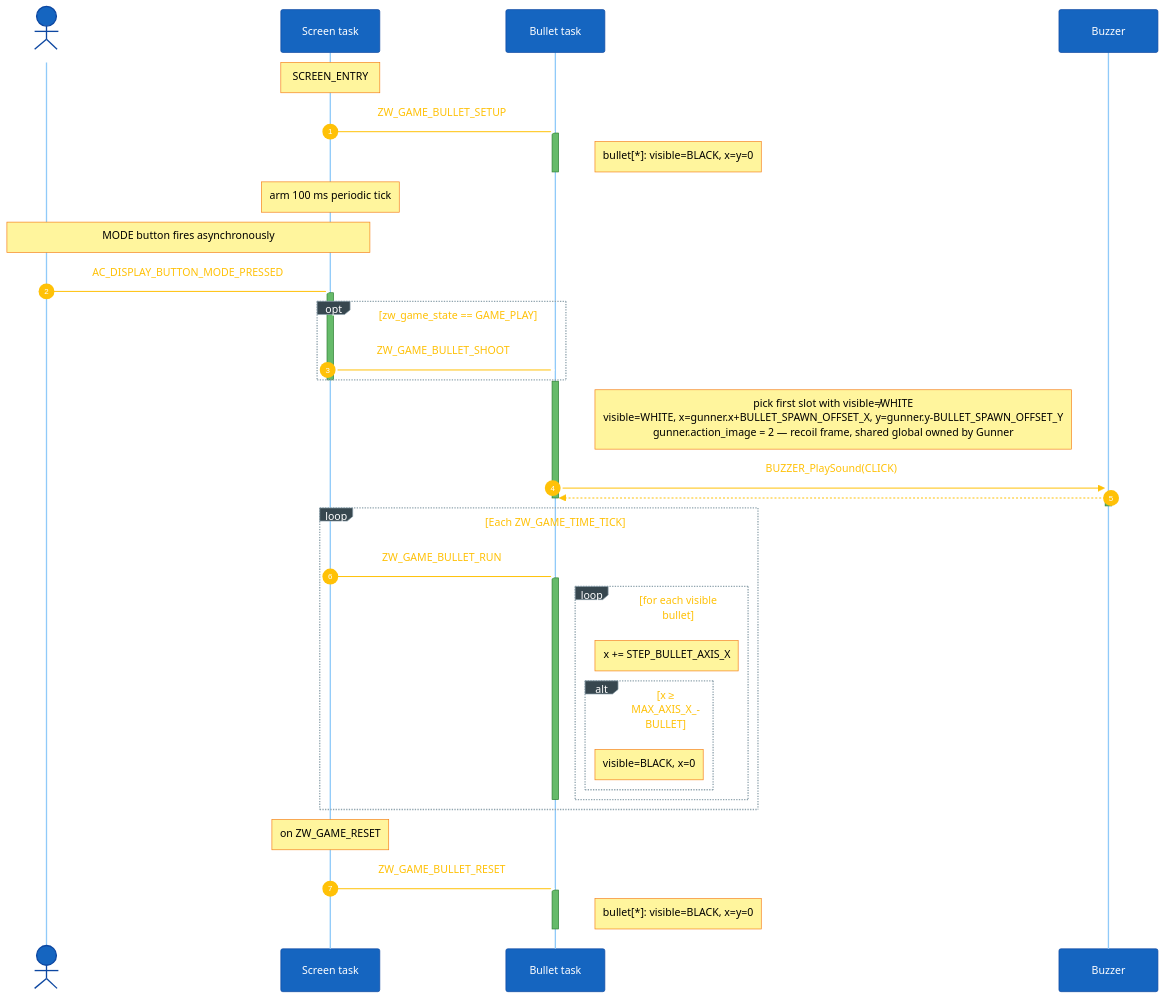
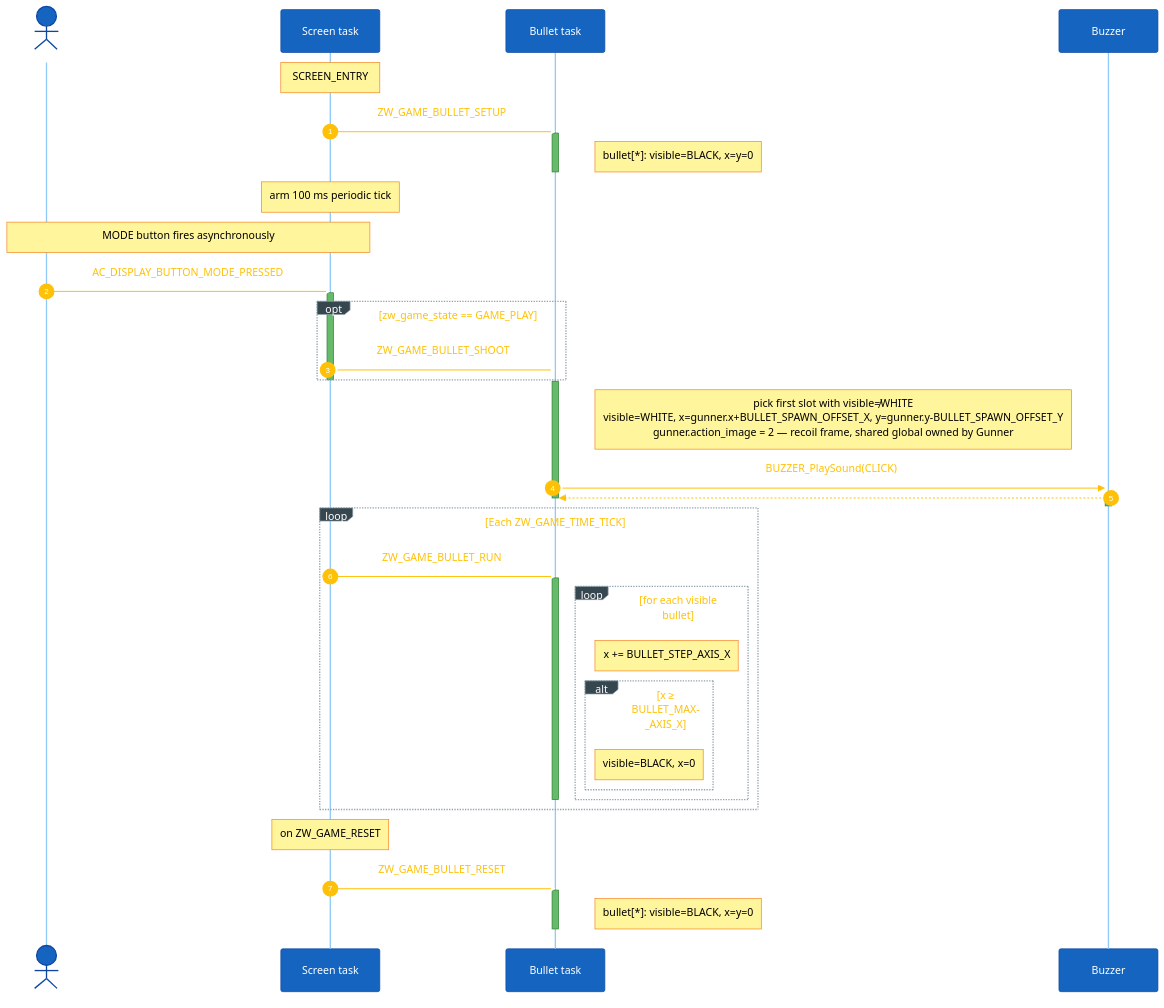
The second of 7 diagrams in docs/03-design-sequence-object.md (caotrongphuoc/mini-clock), drawn with Mermaid before and after one commit. The commit also changed other lines of this file, not shown here.

Commit message:
[UPDATE] sync sequence object doc with new macro names

````diff
--- a/docs/03-design-sequence-object.md
+++ b/docs/03-design-sequence-object.md
@@ -102,47 +102,47 @@
 ```mermaid
 %%{init: {'theme':'base','themeVariables':{'fontSize':'18px','primaryColor':'#1565c0','primaryTextColor':'#ffffff','primaryBorderColor':'#0d47a1','lineColor':'#90a4ae','signalColor':'#ffc107','signalTextColor':'#ffc107','actorBkg':'#1565c0','actorBorder':'#0d47a1','actorTextColor':'#ffffff','actorLineColor':'#90caf9','noteBkgColor':'#fff59d','noteTextColor':'#000000','noteBorderColor':'#f57f17','activationBkgColor':'#66bb6a','activationBorderColor':'#2e7d32','sequenceNumberColor':'#ffffff','loopTextColor':'#ffc107','labelBoxBkgColor':'#37474f','labelBoxBorderColor':'#90a4ae','labelTextColor':'#ffffff'},'sequence':{'actorMargin':120,'messageFontSize':17,'noteFontSize':15,'actorFontSize':17,'boxMargin':15,'boxTextMargin':8,'noteMargin':12,'useMaxWidth':false}}}%%
 sequenceDiagram
     autonumber
     actor Btn as Button
     participant Scr as Screen task
     participant Bul as Bullet task
     participant Bz as Buzzer
 
     Note over Scr: SCREEN_ENTRY
     Scr-)Bul: ZW_GAME_BULLET_SETUP
     activate Bul
     Note right of Bul: bullet[*]: visible=BLACK, x=y=0
     deactivate Bul
     Note over Scr: arm 100 ms periodic tick
 
     Note over Btn,Scr: MODE button fires asynchronously
     Btn-)Scr: AC_DISPLAY_BUTTON_MODE_PRESSED
     activate Scr
     opt zw_game_state == GAME_PLAY
         Scr-)Bul: ZW_GAME_BULLET_SHOOT
     end
     deactivate Scr
     activate Bul
     Note right of Bul: pick first slot with visible≠WHITE<br/>visible=WHITE, x=gunner.x+BULLET_SPAWN_OFFSET_X, y=gunner.y-BULLET_SPAWN_OFFSET_Y<br/>gunner.action_image = 2 — recoil frame, shared global owned by Gunner
     Bul->>+Bz: BUZZER_PlaySound(CLICK)
     Bz-->>-Bul: 
     deactivate Bul
 
     loop Each ZW_GAME_TIME_TICK
         Scr-)Bul: ZW_GAME_BULLET_RUN
         activate Bul
         loop for each visible bullet
-            Note right of Bul: x += STEP_BULLET_AXIS_X
-            alt x ≥ MAX_AXIS_X_BULLET
+            Note right of Bul: x += BULLET_STEP_AXIS_X
+            alt x ≥ BULLET_MAX_AXIS_X
                 Note right of Bul: visible=BLACK, x=0
             end
         end
         deactivate Bul
     end
 
     Note over Scr: on ZW_GAME_RESET
     Scr-)Bul: ZW_GAME_BULLET_RESET
     activate Bul
     Note right of Bul: bullet[*]: visible=BLACK, x=y=0
     deactivate Bul
 ```
````
